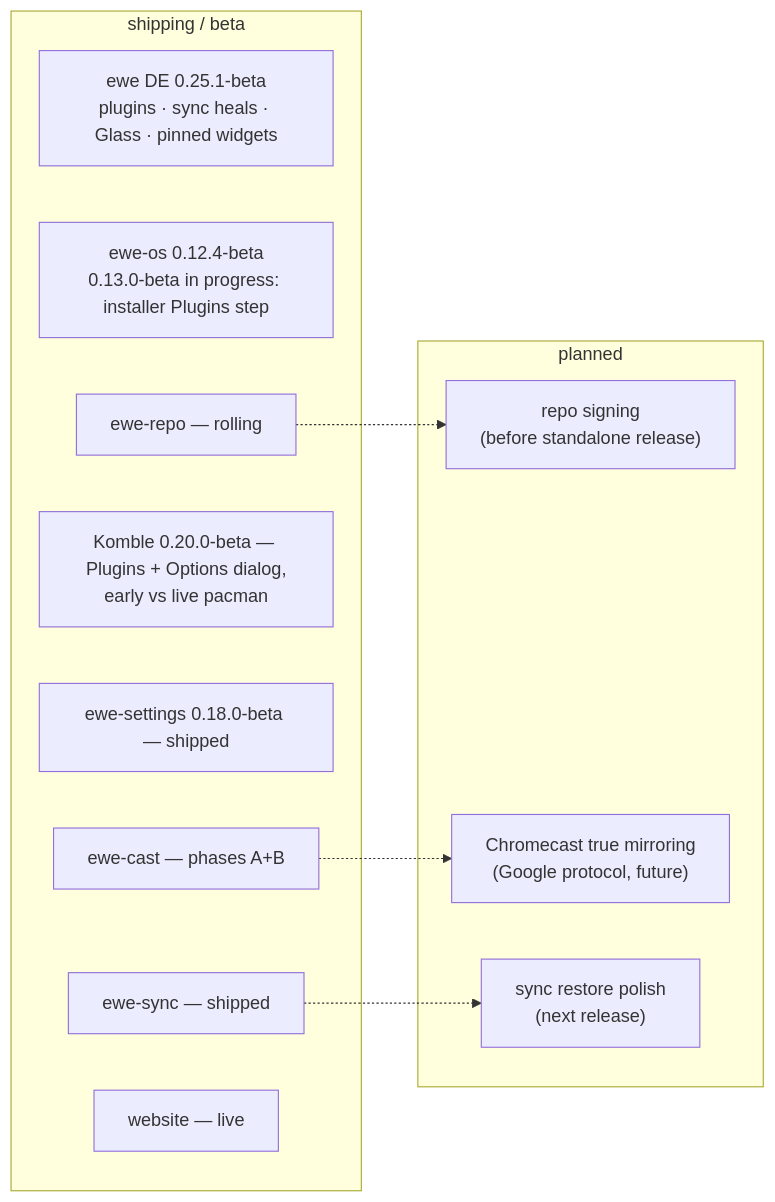
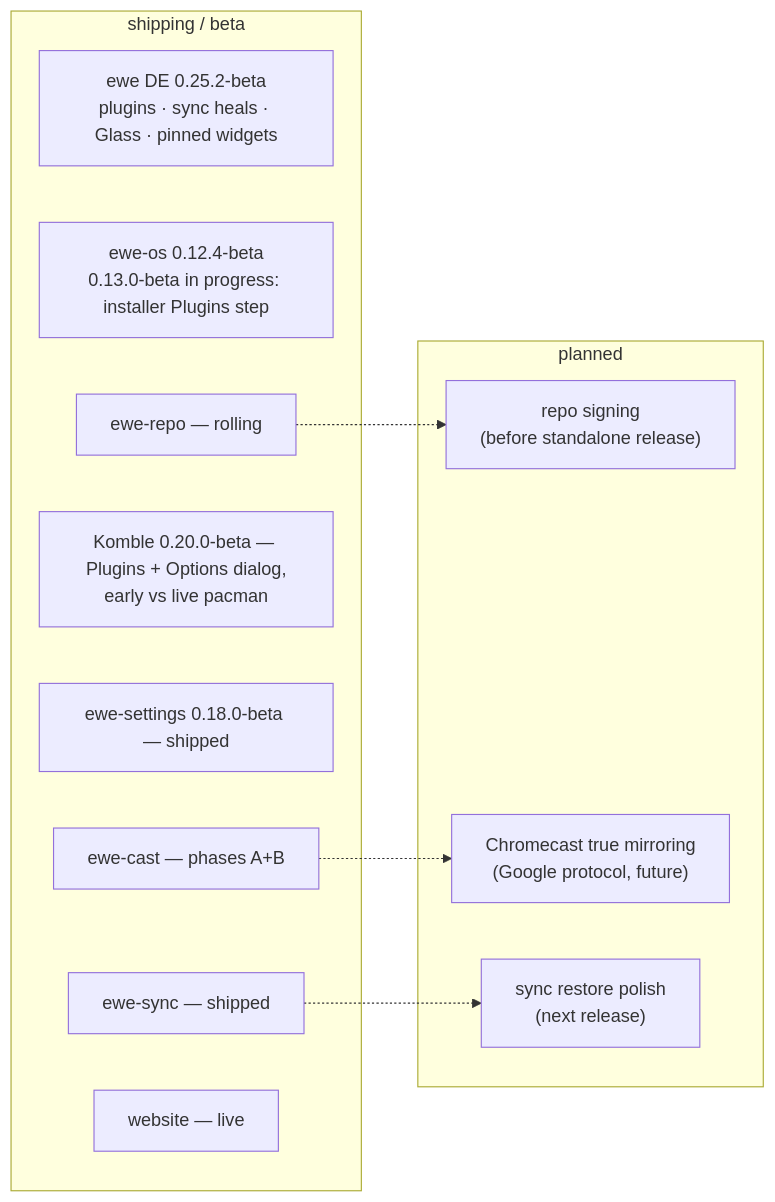
Before and after one commit to prj786/ewe-map: the diagram in 01-Overview/Roadmap and Status.md, drawn with Mermaid. The commit also changed other lines of this file and 5 other files, not shown here.

Commit message:
vault: ewe 0.25.2-beta — first-party plugins survive a Restore

````diff
--- a/01-Overview/Roadmap and Status.md
+++ b/01-Overview/Roadmap and Status.md
@@ -72,21 +85,21 @@
 ```mermaid
 flowchart LR
     subgraph shipping["shipping / beta"]
-        EWE["ewe DE 0.25.1-beta<br/>plugins · sync heals · Glass · pinned widgets"]
+        EWE["ewe DE 0.25.2-beta<br/>plugins · sync heals · Glass · pinned widgets"]
         OS["ewe-os 0.12.4-beta<br/>0.13.0-beta in progress: installer Plugins step"]
         REPO["ewe-repo — rolling"]
         K["Komble 0.20.0-beta — Plugins + Options dialog,<br/>early vs live pacman"]
         S["ewe-settings 0.18.0-beta — shipped"]
         SY["ewe-sync — shipped"]
         CAST["ewe-cast — phases A+B"]
         WEB["website — live"]
     end
     subgraph planned["planned"]
         SIGN["repo signing<br/>(before standalone release)"]
         MIRROR["Chromecast true mirroring<br/>(Google protocol, future)"]
         REST["sync restore polish<br/>(next release)"]
     end
     REPO -.-> SIGN
     CAST -.-> MIRROR
     SY -.-> REST
 ```
````
